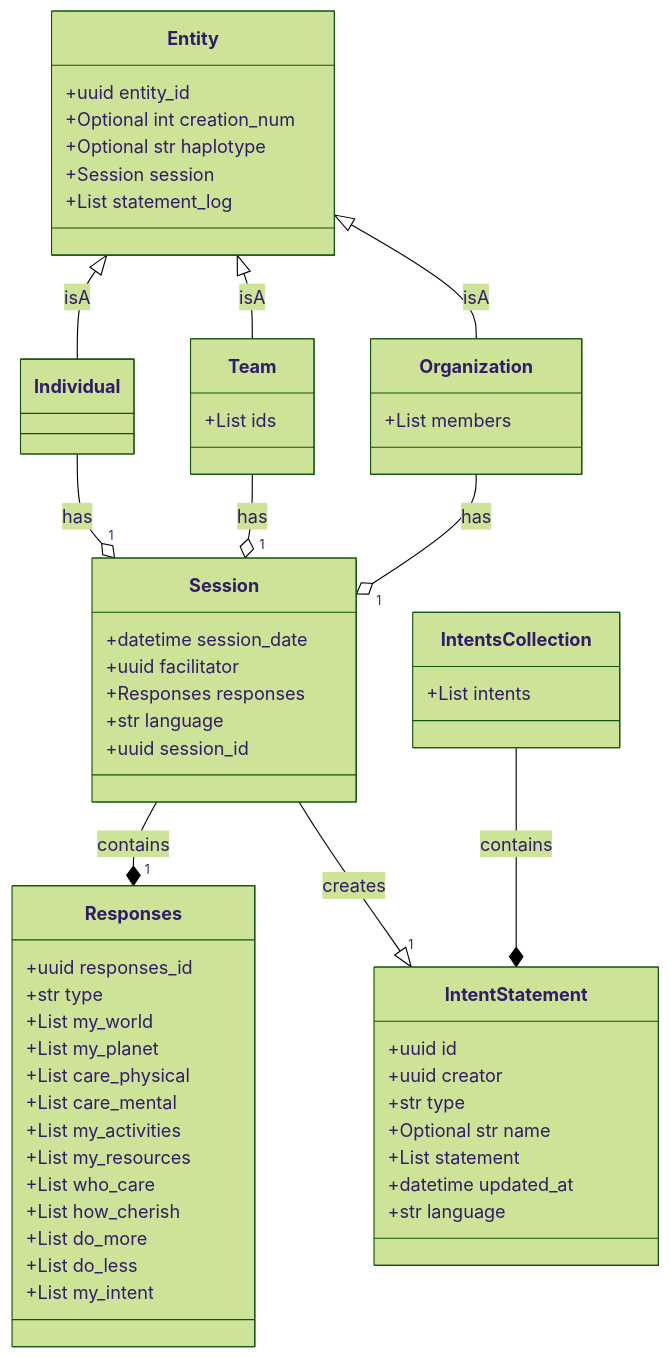
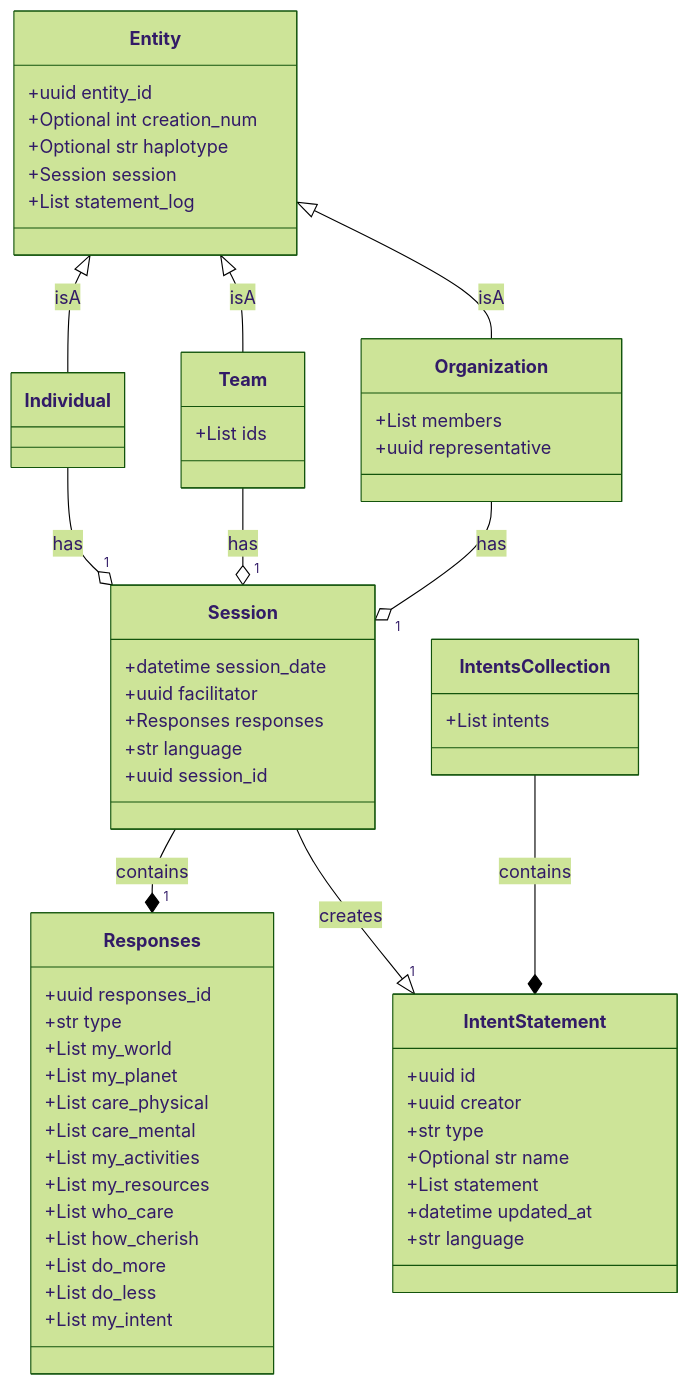
Before and after one commit to drew-wks/intent-for-the-planet: the diagram in docs/data_models_diagram.md, drawn with Mermaid (forest theme).

````diff
--- a/docs/data_models_diagram.md
+++ b/docs/data_models_diagram.md
@@ -5,62 +5,63 @@
 ```mermaid
 classDiagram
     class Entity {
         +uuid entity_id
         +Optional int creation_num
         +Optional str haplotype
         +Session session
         +List statement_log
     }
     class Individual {
     }
     class Team {
         +List ids
     }
     class Organization {
         +List members
+        +uuid representative
     }
     class Session {
         +datetime session_date
         +uuid facilitator
         +Responses responses
         +str language
         +uuid session_id
     }
     class Responses {
         +uuid responses_id
         +str type
         +List my_world
         +List my_planet
         +List care_physical
         +List care_mental
         +List my_activities
         +List my_resources
         +List who_care
         +List how_cherish
         +List do_more
         +List do_less
         +List my_intent
     }
     class IntentStatement {
         +uuid id
         +uuid creator
         +str type
         +Optional str name
         +List statement
         +datetime updated_at
         +str language
     }
     class IntentsCollection {
         +List intents
     }
     IntentsCollection --* IntentStatement : contains
     Session --* "1" Responses : contains
     Entity <|-- Individual : isA
     Entity <|-- Team : isA
     Entity <|-- Organization : isA
     Session--|> "1" IntentStatement : creates
     Individual --o "1" Session : has
     Team --o "1" Session : has
     Organization --o "1" Session : has
 
 ```
````
